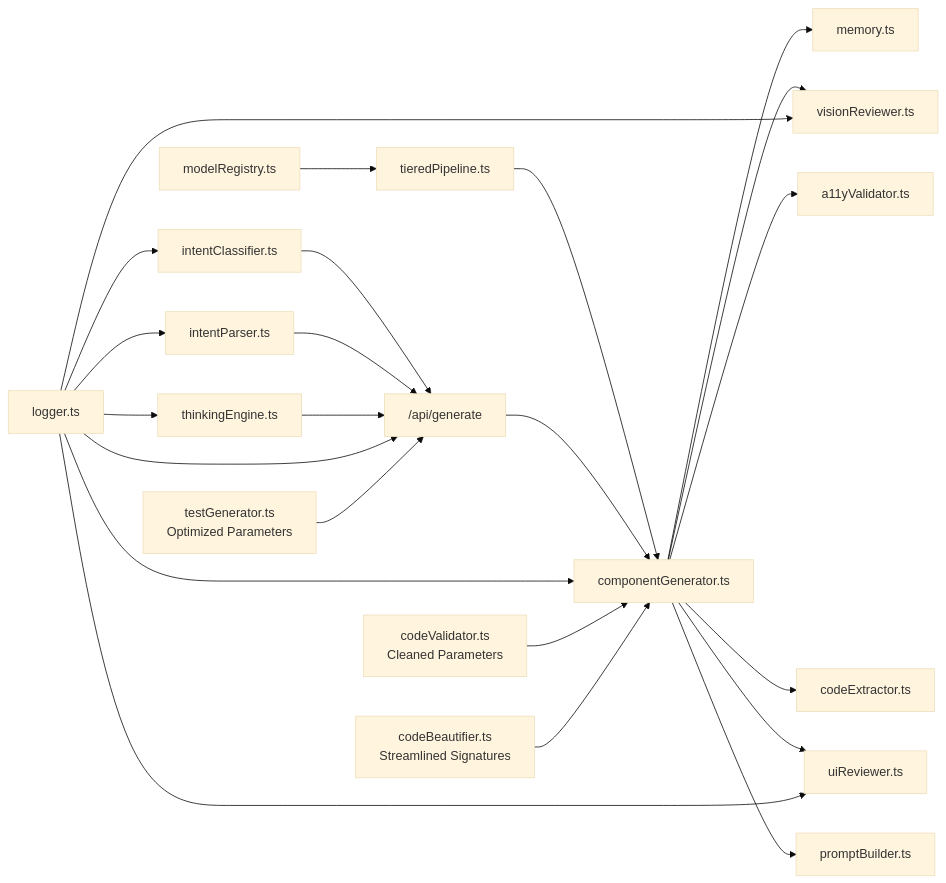
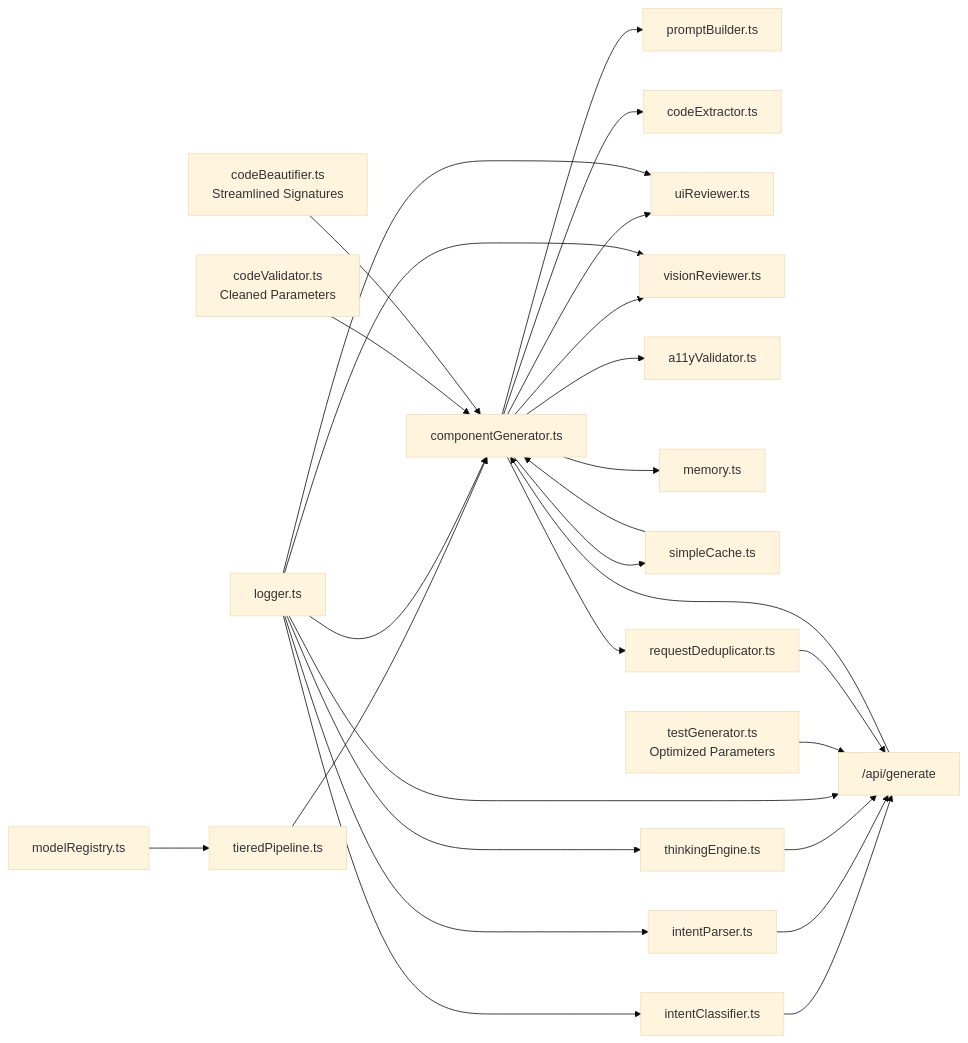
Diagram 18 of 18 in .qoder/repowiki/en/content/Architecture & Design/Layered Architecture/Business Logic Layer/AI Generation Pipeline.md (shekhargiri005-dotcom/AI-powered-accessibility-first-UI-engine), drawn with Mermaid (base theme) before and after one commit. The commit also changed other lines of this file and 8 other files, not shown here.

````diff
--- a/.qoder/repowiki/en/content/Architecture & Design/Layered Architecture/Business Logic Layer/AI Generation Pipeline.md
+++ b/.qoder/repowiki/en/content/Architecture & Design/Layered Architecture/Business Logic Layer/AI Generation Pipeline.md
@@ -765,25 +919,29 @@
 ```mermaid
 graph LR
 MR["modelRegistry.ts"] --> TP["tieredPipeline.ts"]
 TP --> CG["componentGenerator.ts"]
 CG --> PB["promptBuilder.ts"]
 CG --> CE["codeExtractor.ts"]
 CG --> UR["uiReviewer.ts"]
 CG --> VR["visionReviewer.ts"]
 CG --> AV["a11yValidator.ts"]
 CG --> MM["memory.ts"]
+CG --> SC["simpleCache.ts"]
+CG --> RD["requestDeduplicator.ts"]
 IC["intentClassifier.ts"] --> API["/api/generate"]
 IP["intentParser.ts"] --> API
 API --> CG
 TE["thinkingEngine.ts"] --> API
 LOG["logger.ts"] --> API
 LOG --> IC
 LOG --> IP
 LOG --> CG
 LOG --> TE
 LOG --> UR
 LOG --> VR
 CV["codeValidator.ts<br/>Cleaned Parameters"] --> CG
 CB["codeBeautifier.ts<br/>Streamlined Signatures"] --> CG
 TG["testGenerator.ts<br/>Optimized Parameters"] --> API
+SC --> CG
+RD --> API
 ```
````
